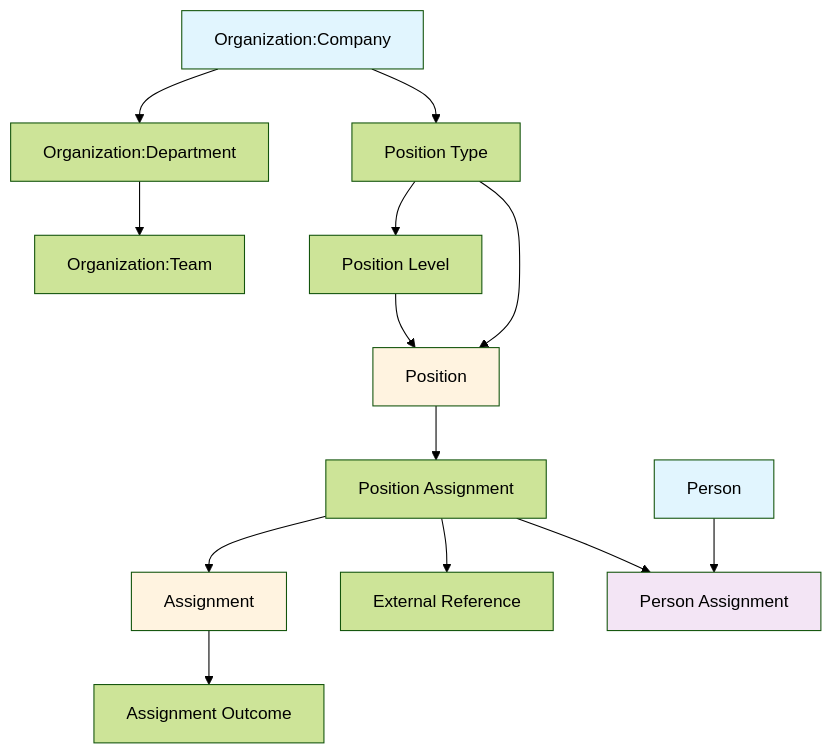
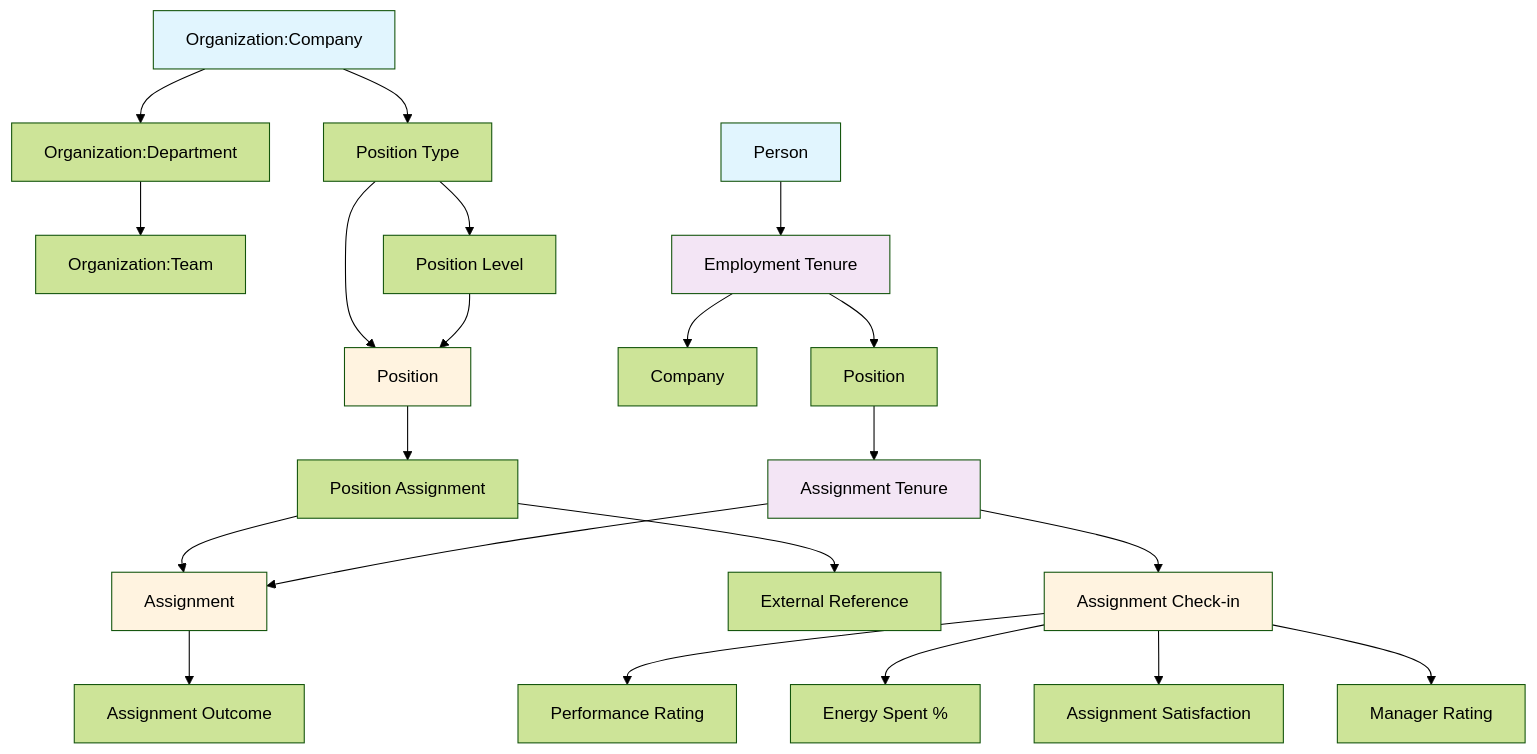
The first of 2 diagrams in ALIGN.md (ar3/our_gruuv), drawn with Mermaid (forest theme) before and after one commit. The commit also changed other lines of this file and 30 other files, not shown here.

First line of the commit message:
Employment Tenure Model: Complete foundation with profile integration

````diff
--- a/ALIGN.md
+++ b/ALIGN.md
@@ -11,27 +11,38 @@
 ```mermaid
 flowchart TD
     A[Organization:Company] --> B[Organization:Department]
     B --> C[Organization:Team]
     
     A --> D[Position Type]
     
     D --> E[Position Level]
     D --> F[Position]
     E --> F
     
     F --> G[Position Assignment]
     G --> H[Assignment]
     G --> J[External Reference]
 
     H --> I[Assignment Outcome]
 
+    K[Person] --> L[Employment Tenure]
+    L --> M[Company]
+    L --> N[Position]
     
-    K[Person] --> L[Person Assignment]
-    G --> L
+    N --> O[Assignment Tenure]
+    O --> H
+    O --> P[Assignment Check-in]
+    
+    P --> Q[Performance Rating]
+    P --> R[Energy Spent %]
+    P --> S[Assignment Satisfaction]
+    P --> T[Manager Rating]
     
     style A fill:#e1f5fe
     style K fill:#e1f5fe
     style L fill:#f3e5f5
+    style O fill:#f3e5f5
+    style P fill:#fff3e0
     style F fill:#fff3e0
     style H fill:#fff3e0
 ```
````
